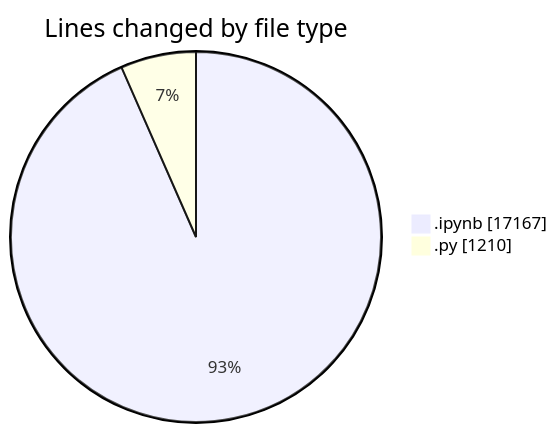
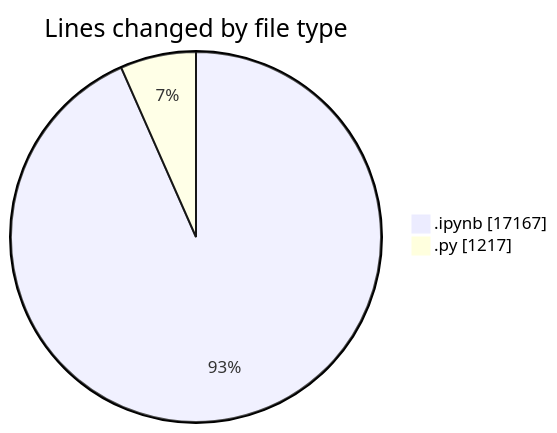
Before and after one commit to MatusMokan/code-tracking: the first of 2 diagrams in 2025-05-07/myws__workspace_/README.md, drawn with Mermaid. The commit also changed other lines of this file and 1 other file, not shown here.

````diff
--- a/2025-05-07/myws__workspace_/README.md
+++ b/2025-05-07/myws__workspace_/README.md
@@ -21,6 +21,6 @@
 ```mermaid
 pie showData
 title Lines changed by file type
 ".ipynb" : 17167
-".py" : 1210
+".py" : 1217
 ```
````
